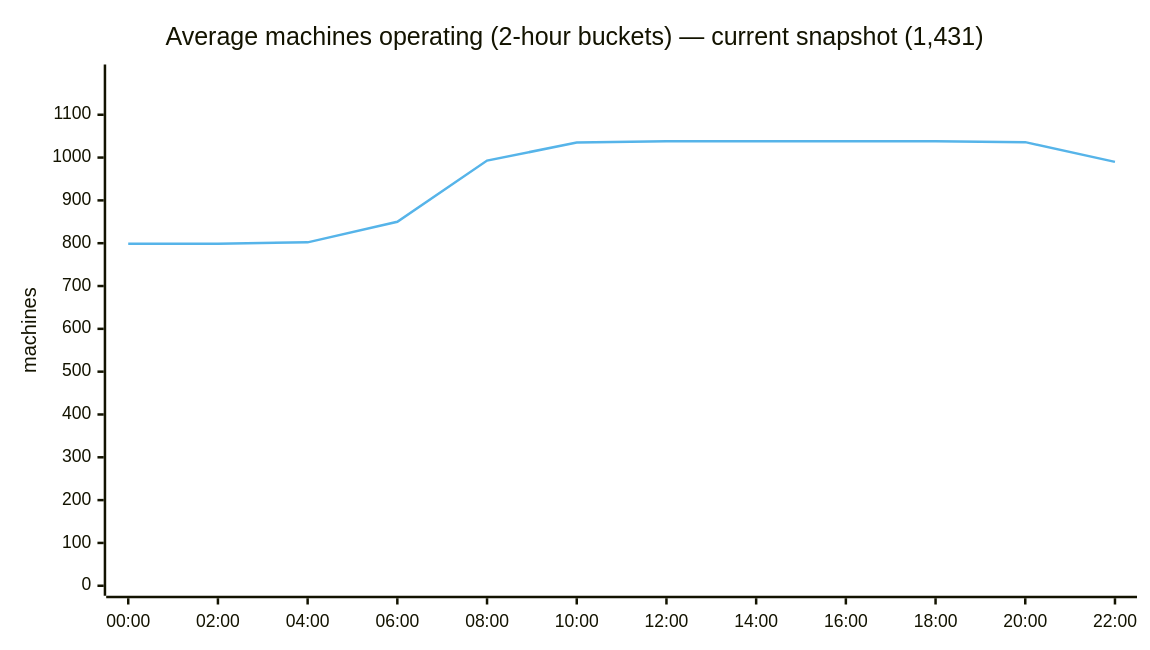
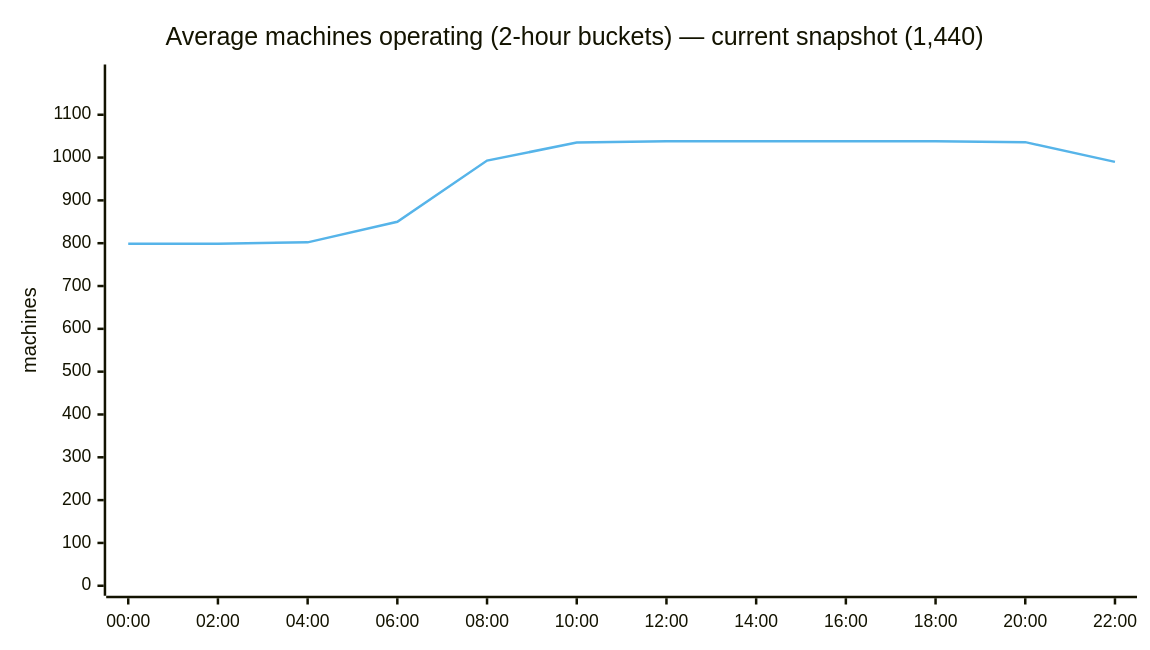
One commit to cheeaun/returnright-data changed the second of 5 diagrams in ANALYSIS.md. Above: the diagram before and after it, drawn with Mermaid. The commit also changed other lines of this file and 4 other files, not shown here.

````diff
--- a/ANALYSIS.md
+++ b/ANALYSIS.md
@@ -64,15 +64,15 @@
 ```mermaid
 ---
 config:
   themeVariables:
     xyChart:
       plotColorPalette: "#56B4E9"
   xyChart:
     width: 900
 ---
 xychart-beta
-    title "Average machines operating (2-hour buckets) — current snapshot (1,431)"
+    title "Average machines operating (2-hour buckets) — current snapshot (1,440)"
     x-axis ["00:00", "02:00", "04:00", "06:00", "08:00", "10:00", "12:00", "14:00", "16:00", "18:00", "20:00", "22:00"]
     y-axis "machines" 0 --> 1194
     line [799, 799, 802, 850, 993, 1035, 1038, 1038, 1038, 1038, 1036, 990]
 ```
````
